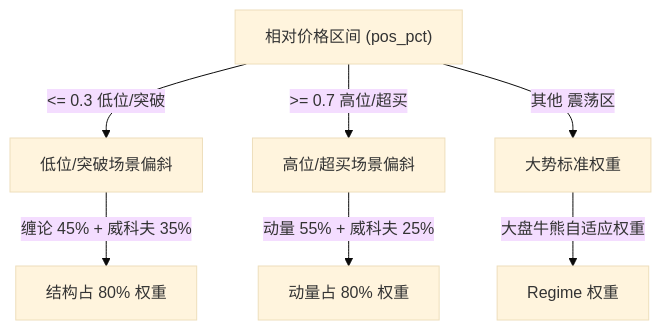
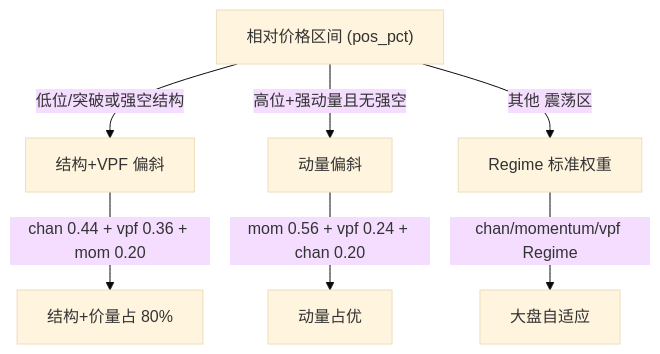
Before and after one commit to Hellolike123/Trader-2.2: the diagram in AGENTS_DEEP.md, drawn with Mermaid (base theme). The commit also changed other lines of this file and 9 other files, not shown here.

````diff
--- a/AGENTS_DEEP.md
+++ b/AGENTS_DEEP.md
@@ -435,10 +435,10 @@
 ```mermaid
 graph TD
-    Price["相对价格区间 (pos_pct)"] -->|<= 0.3 低位/突破| Breakout["低位/突破场景偏斜"]
-    Price -->|>= 0.7 高位/超买| Climax["高位/超买场景偏斜"]
-    Price -->|其他 震荡区| Standard["大势标准权重"]
+    Price["相对价格区间 (pos_pct)"] -->|低位/突破或强空结构| Breakout["结构+VPF 偏斜"]
+    Price -->|高位+强动量且无强空| Climax["动量偏斜"]
+    Price -->|其他 震荡区| Standard["Regime 标准权重"]
 
-    Breakout -->|缠论 45% + 威科夫 35%| Output1["结构占 80% 权重"]
-    Climax -->|动量 55% + 威科夫 25%| Output2["动量占 80% 权重"]
-    Standard -->|大盘牛熊自适应权重| Output3["Regime 权重"]
+    Breakout -->|chan 0.44 + vpf 0.36 + mom 0.20| Output1["结构+价量占 80%"]
+    Climax -->|mom 0.56 + vpf 0.24 + chan 0.20| Output2["动量占优"]
+    Standard -->|chan/momentum/vpf Regime| Output3["大盘自适应"]
 ```
````
